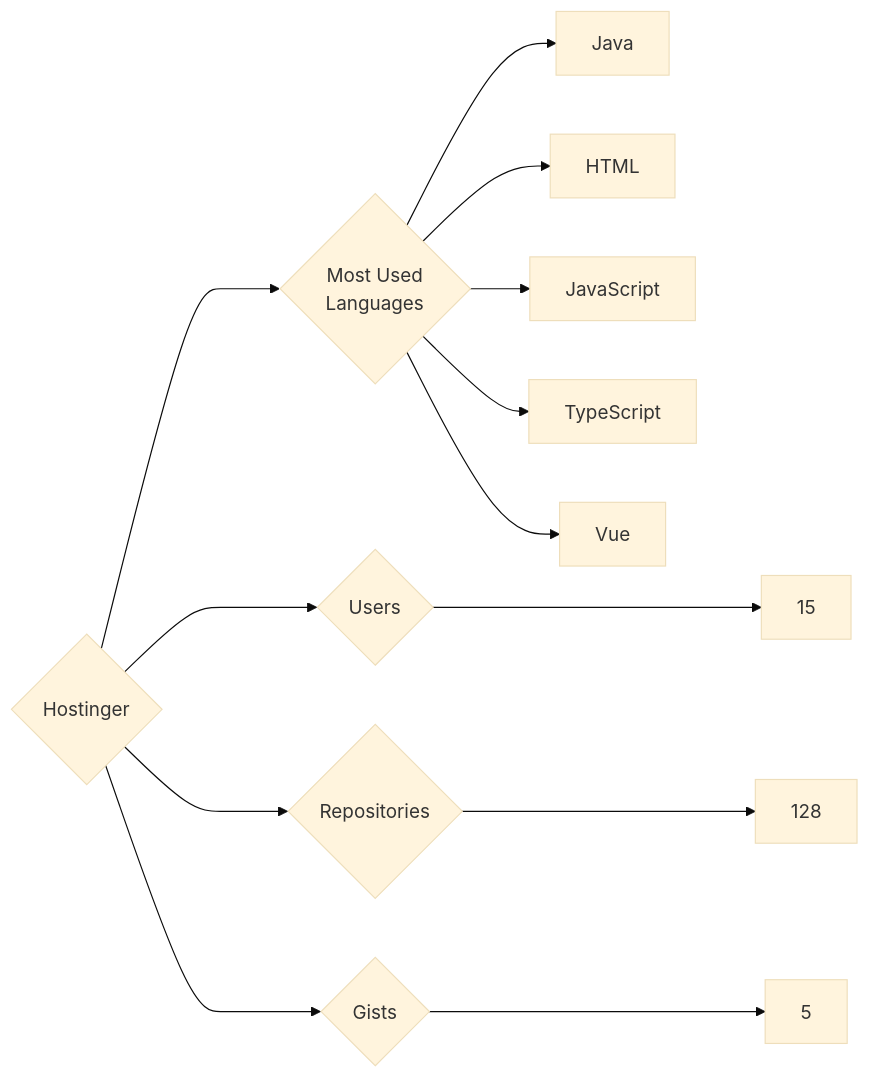
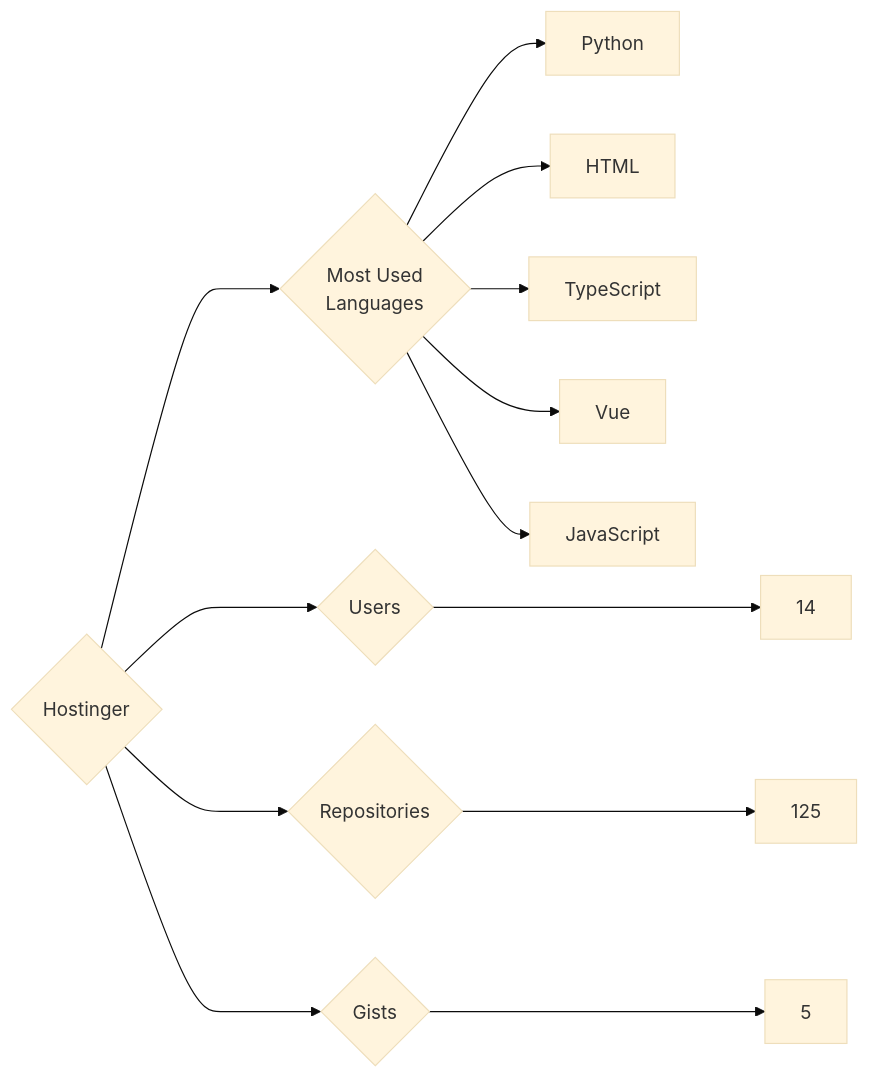
The diagram in targets/Hostinger/README.md (trickest/insiders), drawn with Mermaid (base theme) before and after one commit. The commit also changed 860 other files, not shown here.

````diff
--- a/targets/Hostinger/README.md
+++ b/targets/Hostinger/README.md
@@ -3,13 +3,13 @@
 ```mermaid
 graph LR
 COMPANY_NAME{Hostinger}
-COMPANY_NAME ---> U{Users} ---> UN[15]
-COMPANY_NAME ---> R{Repositories} ---> RN[128]
+COMPANY_NAME ---> U{Users} ---> UN[14]
+COMPANY_NAME ---> R{Repositories} ---> RN[125]
 COMPANY_NAME ---> G{Gists} ---> GN[5]
 COMPANY_NAME ---> ML{Most Used<br>Languages}
-ML --> Java[Java]
+ML --> Python[Python]
 ML --> HTML[HTML]
-ML --> JavaScript[JavaScript]
 ML --> TypeScript[TypeScript]
 ML --> Vue[Vue]
+ML --> JavaScript[JavaScript]
 ```
````
